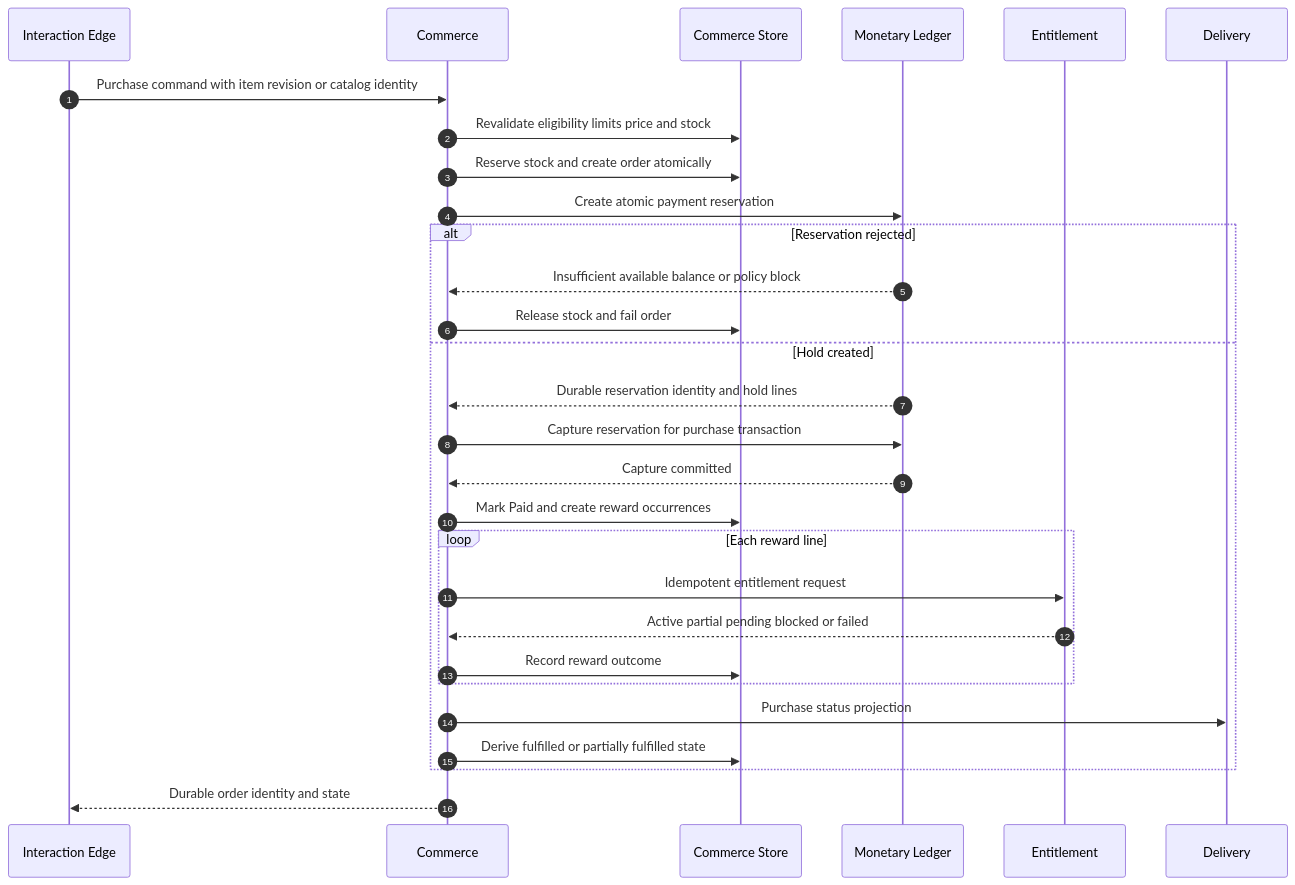
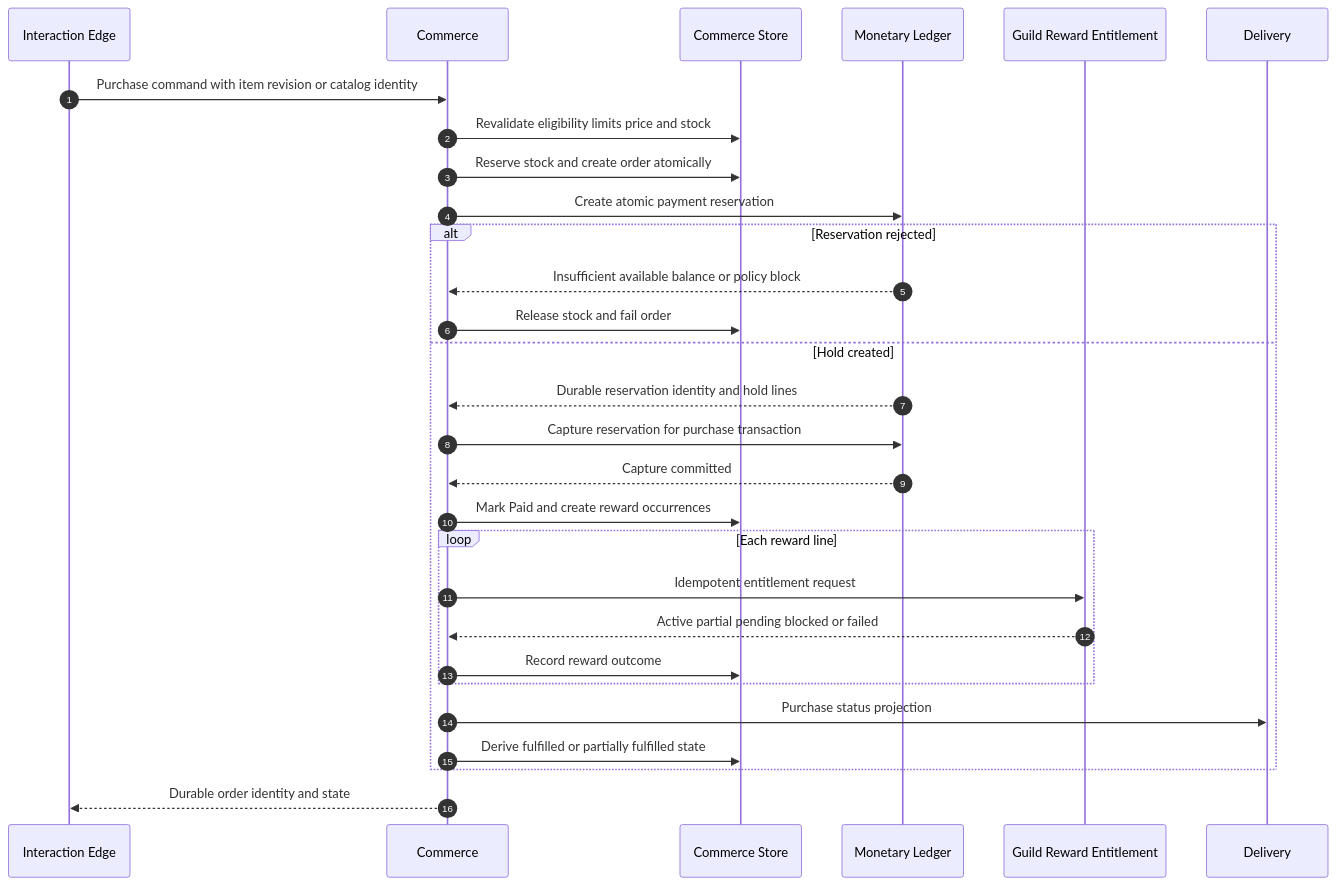
Diagram 29 of 54 in docs/architecture/04-runtime-flows.md (obsidia-systems/Discord-Bot-Open-Source), drawn with Mermaid before and after one commit. The commit also changed other lines of this file and 27 other files, not shown here.

First line of the commit message:
feat(architecture): add comprehensive architecture review documentation

````diff
--- a/docs/architecture/04-runtime-flows.md
+++ b/docs/architecture/04-runtime-flows.md
@@ -1008,32 +1096,32 @@
 ```mermaid
 sequenceDiagram
     autonumber
     participant Edge as Interaction Edge
     participant Commerce
     participant Store as Commerce Store
     participant Ledger as Monetary Ledger
-    participant Entitlement
+    participant Entitlement as Guild Reward Entitlement
     participant Delivery
 
     Edge->>Commerce: Purchase command with item revision or catalog identity
     Commerce->>Store: Revalidate eligibility limits price and stock
     Commerce->>Store: Reserve stock and create order atomically
     Commerce->>Ledger: Create atomic payment reservation
     alt Reservation rejected
         Ledger-->>Commerce: Insufficient available balance or policy block
         Commerce->>Store: Release stock and fail order
     else Hold created
         Ledger-->>Commerce: Durable reservation identity and hold lines
         Commerce->>Ledger: Capture reservation for purchase transaction
         Ledger-->>Commerce: Capture committed
         Commerce->>Store: Mark Paid and create reward occurrences
         loop Each reward line
             Commerce->>Entitlement: Idempotent entitlement request
             Entitlement-->>Commerce: Active partial pending blocked or failed
             Commerce->>Store: Record reward outcome
         end
         Commerce->>Delivery: Purchase status projection
         Commerce->>Store: Derive fulfilled or partially fulfilled state
     end
     Commerce-->>Edge: Durable order identity and state
 ```
````
